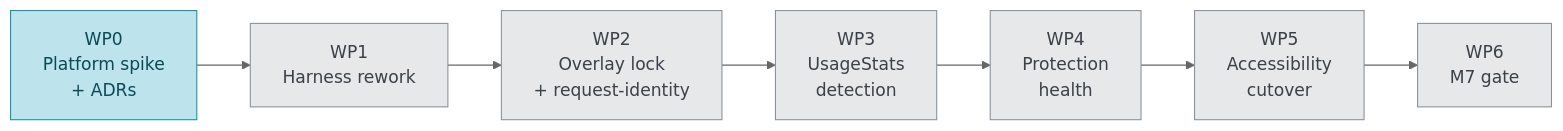
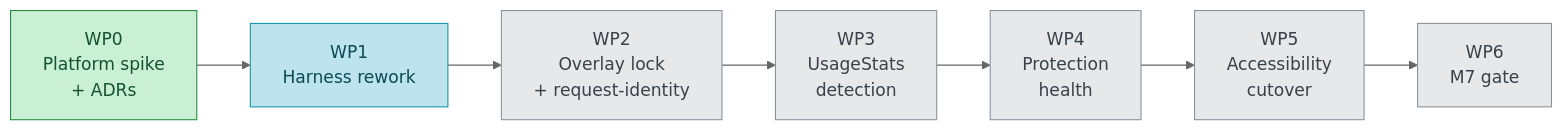
Before and after one commit to PyrosCat/App_lock: the third of 3 diagrams in README.md, drawn with Mermaid (neutral theme). The commit also changed other lines of this file and 2 other files, not shown here.

Commit message:
M7/WP0: reflect WP0 closure in roadmap.html + README; list WP1 to-do

````diff
--- a/README.md
+++ b/README.md
@@ -95,15 +98,16 @@
 ```mermaid
 flowchart LR
+    classDef done fill:#c9efd4,stroke:#248a3d,color:#14532d
     classDef next fill:#bde3ec,stroke:#1592a8,color:#0c4a56
     classDef todo fill:#e6e8ea,stroke:#8a9199,color:#3a4149
 
-    WP0["WP0<br/>Platform spike<br/>+ ADRs"]:::next
-    WP1["WP1<br/>Harness rework"]:::todo
+    WP0["WP0<br/>Platform spike<br/>+ ADRs"]:::done
+    WP1["WP1<br/>Harness rework"]:::next
     WP2["WP2<br/>Overlay lock<br/>+ request-identity"]:::todo
     WP3["WP3<br/>UsageStats<br/>detection"]:::todo
     WP4["WP4<br/>Protection<br/>health"]:::todo
     WP5["WP5<br/>Accessibility<br/>cutover"]:::todo
     WP6["WP6<br/>M7 gate"]:::todo
 
     WP0 --> WP1 --> WP2 --> WP3 --> WP4 --> WP5 --> WP6
 ```
````
